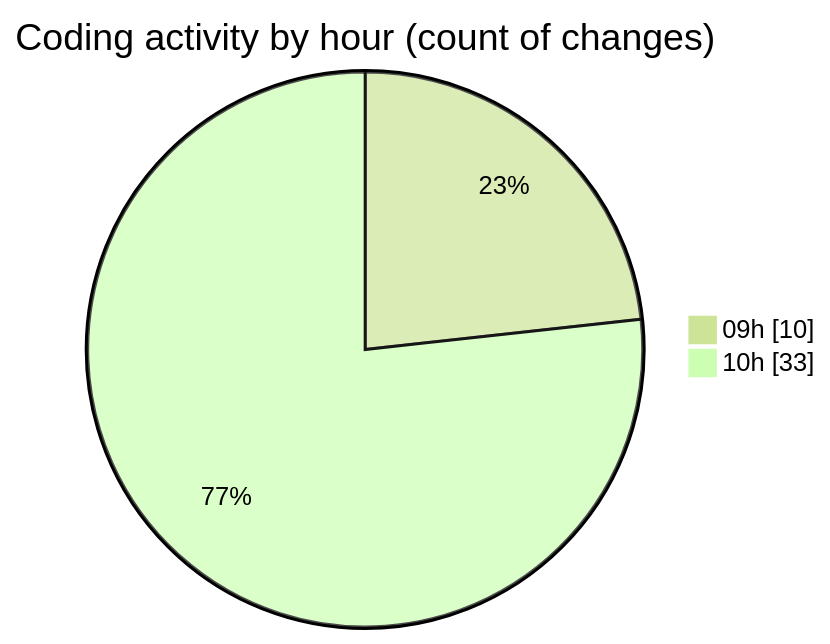
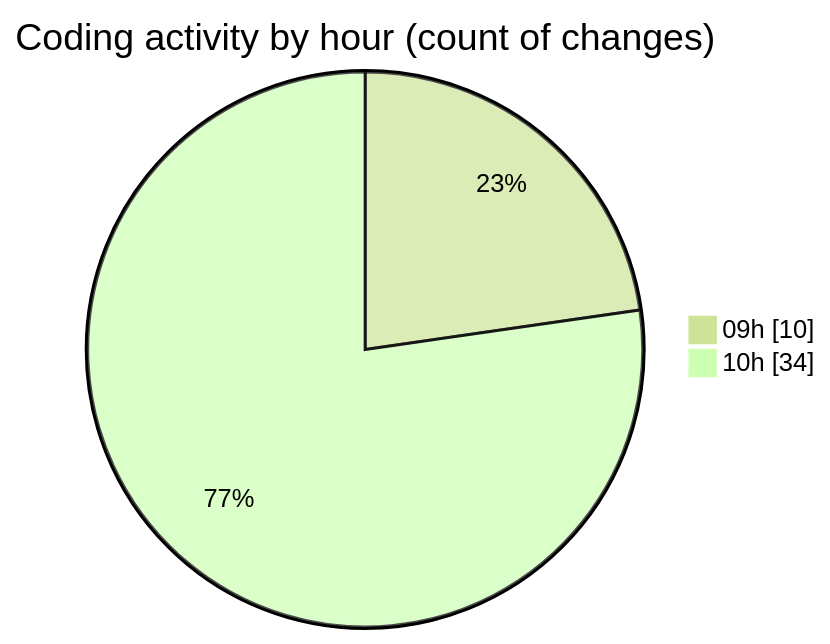
One commit to momahboobian/code-tracking changed the second of 2 diagrams in 2025-09-02/cda/README.md. Above: the diagram before and after it, drawn with Mermaid (forest theme). The commit also changed other lines of this file and 1 other file, not shown here.

````diff
--- a/2025-09-02/cda/README.md
+++ b/2025-09-02/cda/README.md
@@ -36,6 +36,6 @@
 ```mermaid
 pie showData
 title Coding activity by hour (count of changes)
 "09h" : 10
-"10h" : 33
+"10h" : 34
 ```
````
